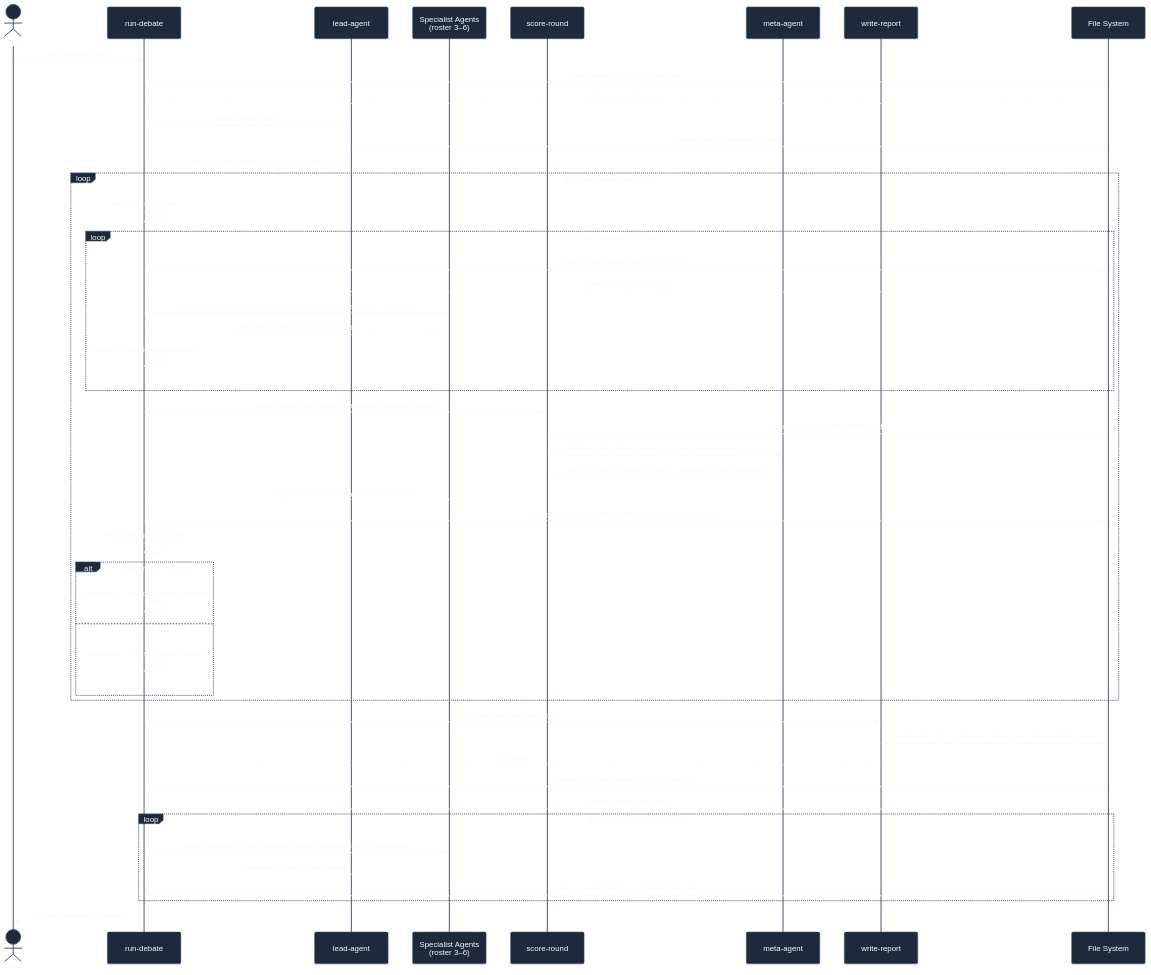
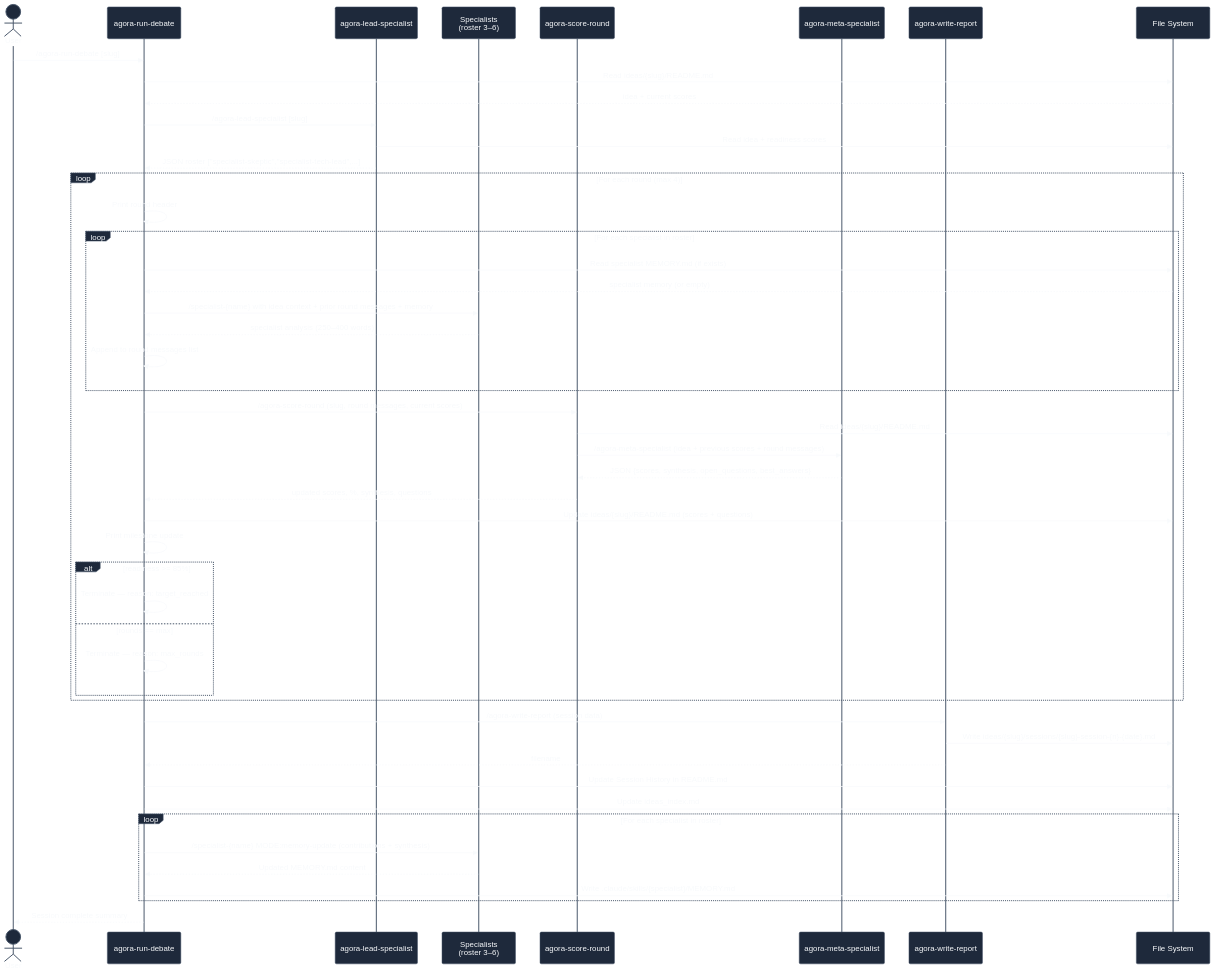
Before and after one commit to aryan-curiel/agora: the diagram in docs/diagrams/02-debate-session-flow.mmd, drawn with Mermaid. The commit also changed 24 other files, not shown here.

```diff
--- a/docs/diagrams/02-debate-session-flow.mmd
+++ b/docs/diagrams/02-debate-session-flow.mmd
@@ -1,60 +1,60 @@
 %%{init: {"theme": "base", "themeVariables": {"primaryColor": "#1e293b", "primaryTextColor": "#f8fafc", "primaryBorderColor": "#475569", "lineColor": "#94a3b8", "secondaryColor": "#0f172a", "tertiaryColor": "#162032", "background": "#0f172a", "mainBkg": "#1e293b", "nodeBorder": "#475569", "clusterBkg": "#162032", "titleColor": "#f8fafc", "edgeLabelBackground": "#1e293b", "fontFamily": "monospace"}}}%%
 
 sequenceDiagram
     actor User
-    participant RD as run-debate
-    participant LA as lead-agent
-    participant SA as Specialist Agents<br/>(roster 3–6)
-    participant SR as score-round
-    participant MA as meta-agent
-    participant WR as write-report
+    participant RD as agora-run-debate
+    participant LA as agora-lead-specialist
+    participant SA as Specialists<br/>(roster 3–6)
+    participant SR as agora-score-round
+    participant MA as agora-meta-specialist
+    participant WR as agora-write-report
     participant FS as File System
 
-    User->>RD: /run-debate [slug]
+    User->>RD: /agora-run-debate [slug]
     RD->>FS: Read ideas/{slug}/README.md
     FS-->>RD: idea + current scores
-    RD->>LA: /lead-agent [slug]
+    RD->>LA: /agora-lead-specialist [slug]
     LA->>FS: Read idea + readiness scores
-    LA-->>RD: JSON roster ["agent-skeptic","agent-tech-lead",...]
+    LA-->>RD: JSON roster ["specialist-skeptic","specialist-tech-lead",...]
 
     loop For each round (max 4)
         RD->>RD: Print round header
 
         loop For each specialist in roster
-            RD->>FS: Read agent MEMORY.md (if exists)
-            FS-->>RD: agent memory (or empty)
-            RD->>SA: /agent-{name} with idea context + prior round messages + memory
+            RD->>FS: Read specialist MEMORY.md (if exists)
+            FS-->>RD: specialist memory (or empty)
+            RD->>SA: /specialist-{name} with idea context + prior round messages + memory
             SA-->>RD: specialist analysis (250–400 words)
             RD->>RD: Append to round messages list
         end
 
-        RD->>SR: /score-round (slug, round messages, current scores)
+        RD->>SR: /agora-score-round (slug, round messages, current scores)
         SR->>FS: Read ideas/{slug}/README.md
-        SR->>MA: /meta-agent (idea + previous scores + round messages)
+        SR->>MA: /agora-meta-specialist (idea + previous scores + round messages)
         MA-->>SR: JSON {scores, synthesis, open_questions, best_answers}
         SR-->>RD: updated scores, %, synthesis, questions
 
         RD->>FS: Update ideas/{slug}/README.md (scores + questions)
         RD->>RD: Print milestone update
 
         alt readiness >= 85%
             RD->>RD: Terminate — reason: target_reached
         else rounds == max
             RD->>RD: Terminate — reason: max_rounds
         end
     end
 
-    RD->>WR: /write-report (session data)
+    RD->>WR: /agora-write-report (session data)
     WR->>FS: Write ideas/{slug}/sessions/{slug}-session-{n}-{date}.md
     WR-->>RD: filename
 
     RD->>FS: Update Session History in README.md
     RD->>FS: Update ideas_index.md
 
     loop For each specialist in roster
-        RD->>SA: /agent-{name} MODE:memory-update (contributions + synthesis)
+        RD->>SA: /specialist-{name} MODE:memory-update (contributions + synthesis)
         SA-->>RD: Updated MEMORY.md content
-        RD->>FS: Write .claude/skills/{agent}/MEMORY.md
+        RD->>FS: Write .claude/skills/{specialist}/MEMORY.md
     end
 
     RD-->>User: Session complete summary
```
